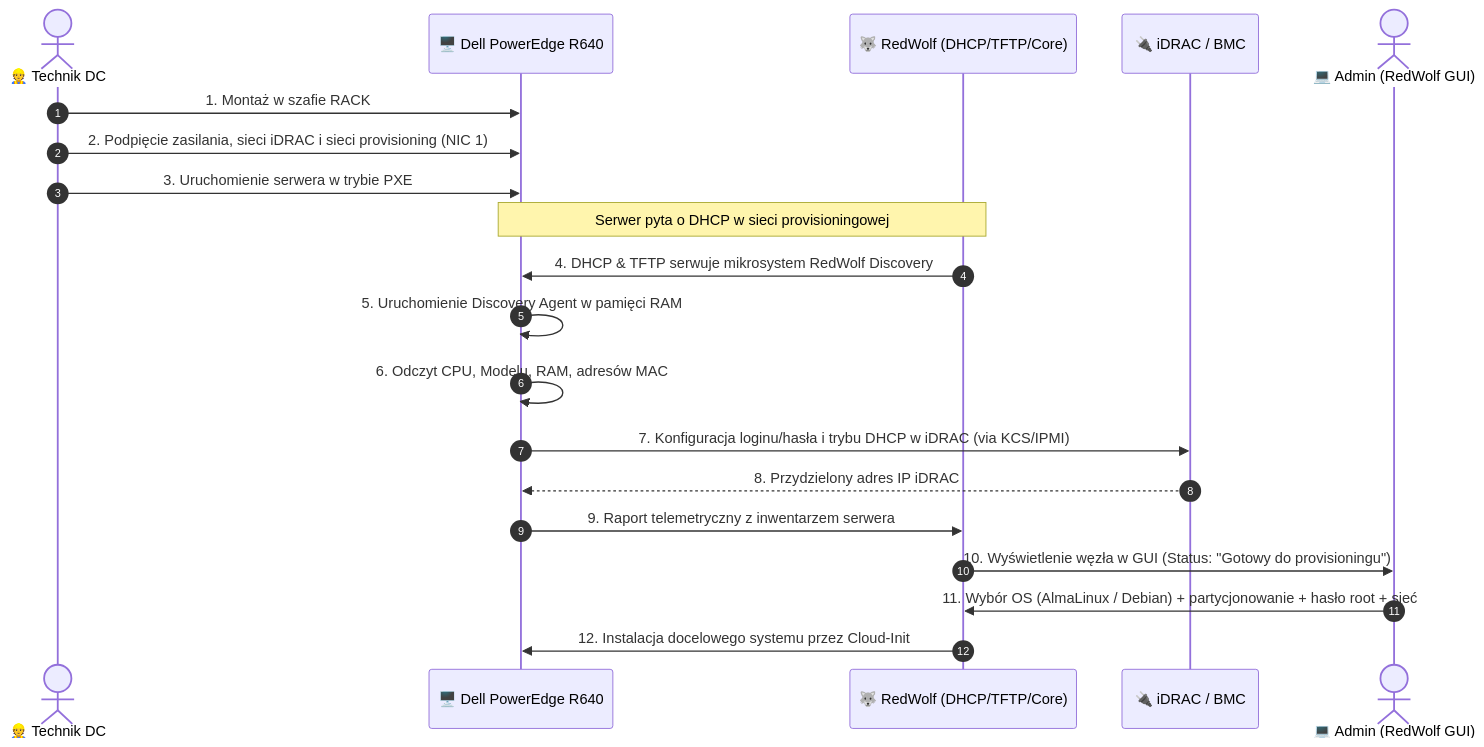
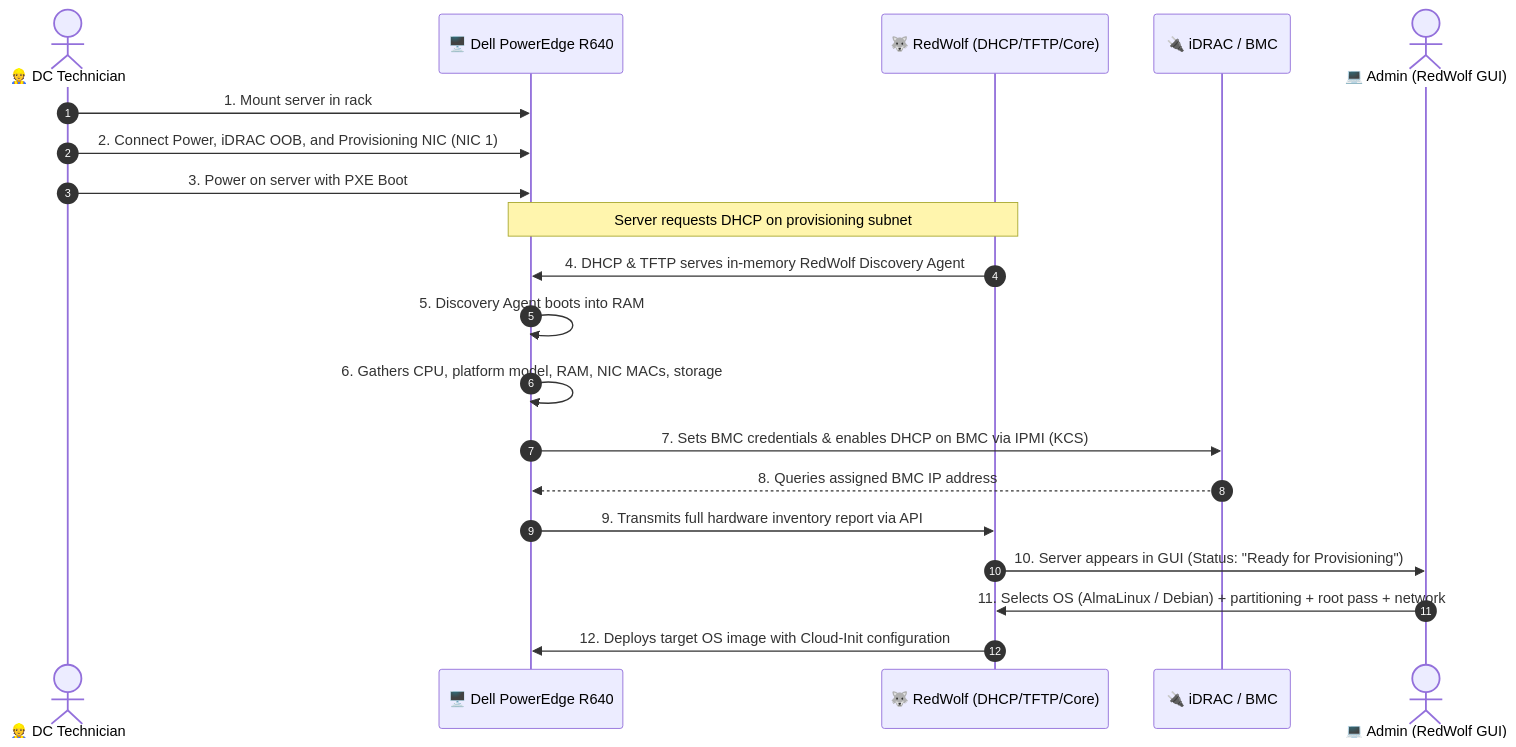
The diagram in README.md (TensorDriftStudio/RedWolf), drawn with Mermaid before and after one commit. The commit also changed other lines of this file and 6 other files, not shown here.

````diff
--- a/README.md
+++ b/README.md
@@ -30,23 +30,23 @@
 ```mermaid
 sequenceDiagram
     autonumber
-    actor Tech as 👷 Technik DC
+    actor Tech as 👷 DC Technician
     participant Srv as 🖥️ Dell PowerEdge R640
     participant RW as 🐺 RedWolf (DHCP/TFTP/Core)
     participant BMC as 🔌 iDRAC / BMC
     actor Admin as 💻 Admin (RedWolf GUI)
 
-    Tech->>Srv: 1. Montaż w szafie RACK
-    Tech->>Srv: 2. Podpięcie zasilania, sieci iDRAC i sieci provisioning (NIC 1)
-    Tech->>Srv: 3. Uruchomienie serwera w trybie PXE
-    Note over Srv,RW: Serwer pyta o DHCP w sieci provisioningowej
-    RW->>Srv: 4. DHCP & TFTP serwuje mikrosystem RedWolf Discovery
-    Srv->>Srv: 5. Uruchomienie Discovery Agent w pamięci RAM
-    Srv->>Srv: 6. Odczyt CPU, Modelu, RAM, adresów MAC
-    Srv->>BMC: 7. Konfiguracja loginu/hasła i trybu DHCP w iDRAC (via KCS/IPMI)
-    BMC-->>Srv: 8. Przydzielony adres IP iDRAC
-    Srv->>RW: 9. Raport telemetryczny z inwentarzem serwera
-    RW->>Admin: 10. Wyświetlenie węzła w GUI (Status: "Gotowy do provisioningu")
-    Admin->>RW: 11. Wybór OS (AlmaLinux / Debian) + partycjonowanie + hasło root + sieć
-    RW->>Srv: 12. Instalacja docelowego systemu przez Cloud-Init
+    Tech->>Srv: 1. Mount server in rack
+    Tech->>Srv: 2. Connect Power, iDRAC OOB, and Provisioning NIC (NIC 1)
+    Tech->>Srv: 3. Power on server with PXE Boot
+    Note over Srv,RW: Server requests DHCP on provisioning subnet
+    RW->>Srv: 4. DHCP & TFTP serves in-memory RedWolf Discovery Agent
+    Srv->>Srv: 5. Discovery Agent boots into RAM
+    Srv->>Srv: 6. Gathers CPU, platform model, RAM, NIC MACs, storage
+    Srv->>BMC: 7. Sets BMC credentials & enables DHCP on BMC via IPMI (KCS)
+    BMC-->>Srv: 8. Queries assigned BMC IP address
+    Srv->>RW: 9. Transmits full hardware inventory report via API
+    RW->>Admin: 10. Server appears in GUI (Status: "Ready for Provisioning")
+    Admin->>RW: 11. Selects OS (AlmaLinux / Debian) + partitioning + root pass + network
+    RW->>Srv: 12. Deploys target OS image with Cloud-Init configuration
 ```
````
